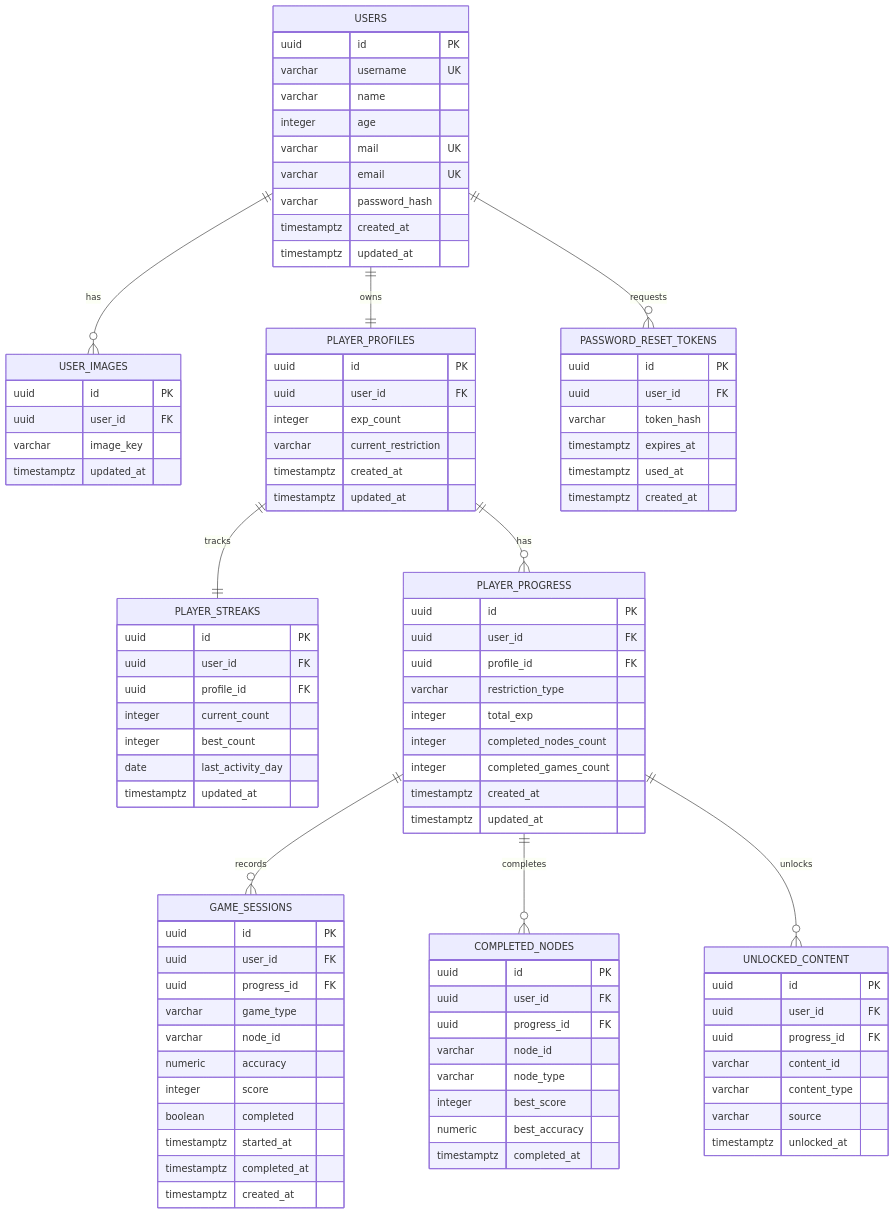
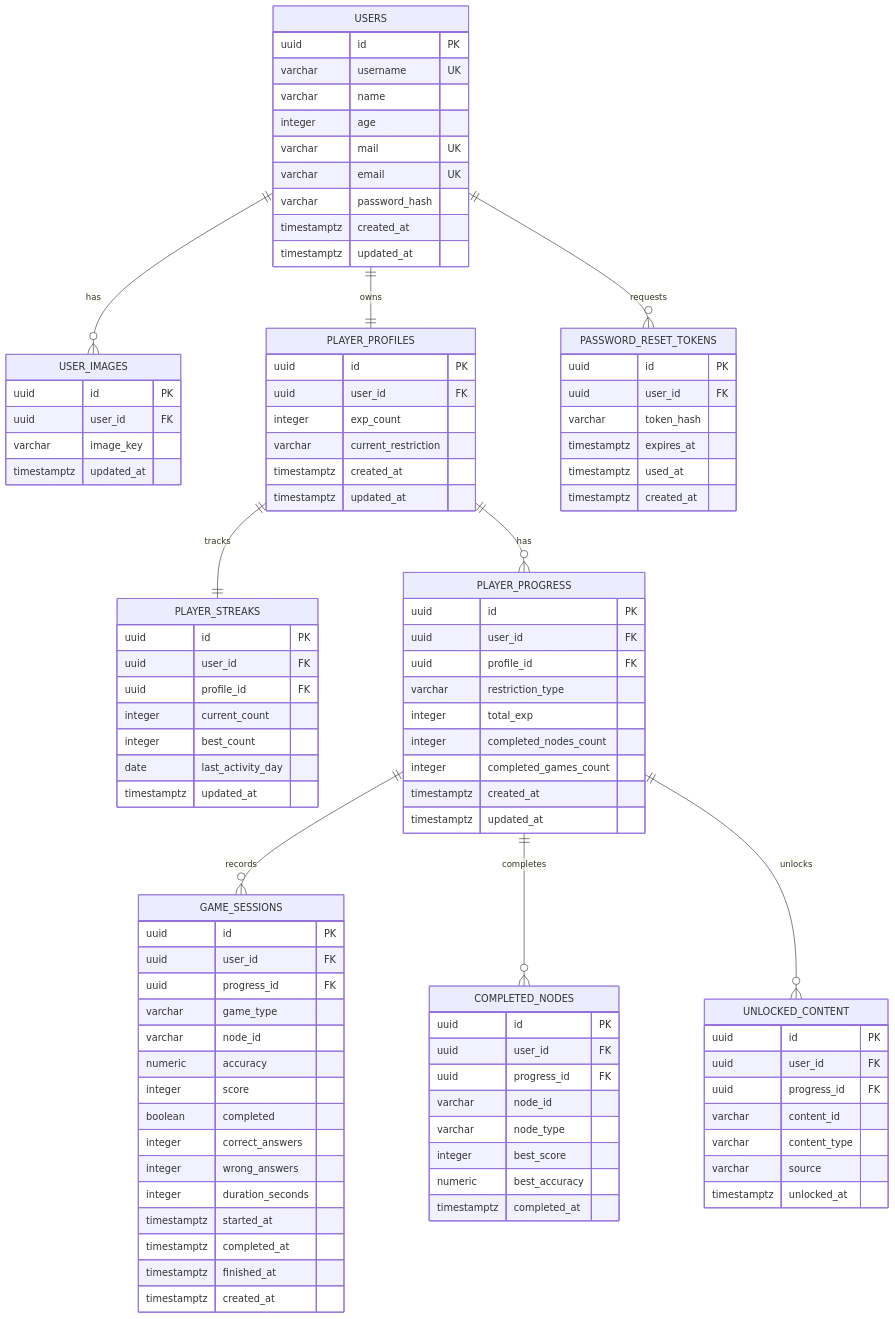
The diagram in BACKEND/docs/DER.md (TTIP-e-vidente/e-vidente), drawn with Mermaid before and after one commit. The commit also changed 35 other files, not shown here.

```diff
--- a/BACKEND/docs/DER.md
+++ b/BACKEND/docs/DER.md
@@ -108,8 +108,12 @@
     numeric accuracy
     integer score
     boolean completed
+    integer correct_answers
+    integer wrong_answers
+    integer duration_seconds
     timestamptz started_at
     timestamptz completed_at
+    timestamptz finished_at
     timestamptz created_at
   }
 
```
